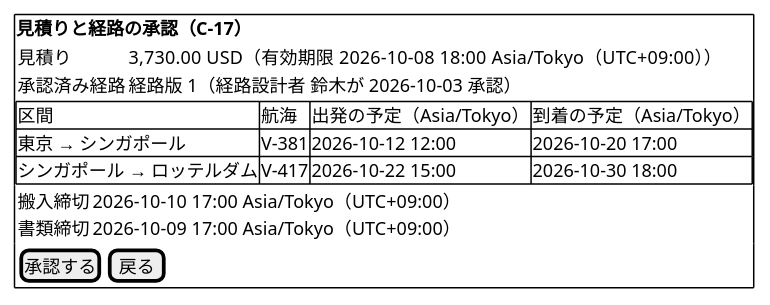
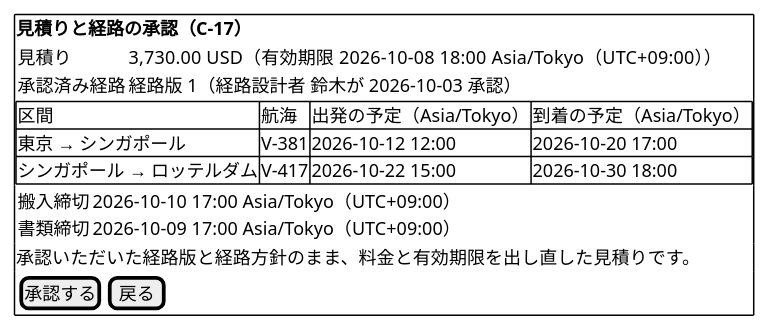
One commit to k2works/practical-domain-driven-design-in-enterpris-application changed diagram 19 of 37 in docs/design/cargo-tracker/ui_design.md. Above: the diagram before and after it, drawn with PlantUML. The commit also changed other lines of this file and 7 other files, not shown here.

````diff
--- a/docs/design/cargo-tracker/ui_design.md
+++ b/docs/design/cargo-tracker/ui_design.md
@@ -967,21 +970,22 @@
 ```plantuml
 @startsalt
 {+
   <b>見積りと経路の承認（C-17）
   {
     見積り | 3,730.00 USD（有効期限 2026-10-08 18:00 Asia/Tokyo（UTC+09:00））
     承認済み経路 | 経路版 1（経路設計者 鈴木が 2026-10-03 承認）
   }
   {#
     区間 | 航海 | 出発の予定（Asia/Tokyo） | 到着の予定（Asia/Tokyo）
     東京 → シンガポール | V-381 | 2026-10-12 12:00 | 2026-10-20 17:00
     シンガポール → ロッテルダム | V-417 | 2026-10-22 15:00 | 2026-10-30 18:00
   }
   {
     搬入締切 | 2026-10-10 17:00 Asia/Tokyo（UTC+09:00）
     書類締切 | 2026-10-09 17:00 Asia/Tokyo（UTC+09:00）
   }
+  承認いただいた経路版と経路方針のまま、料金と有効期限を出し直した見積りです。
   { [ 承認する ] | [ 戻る ] }
 }
 @endsalt
 ```
````
